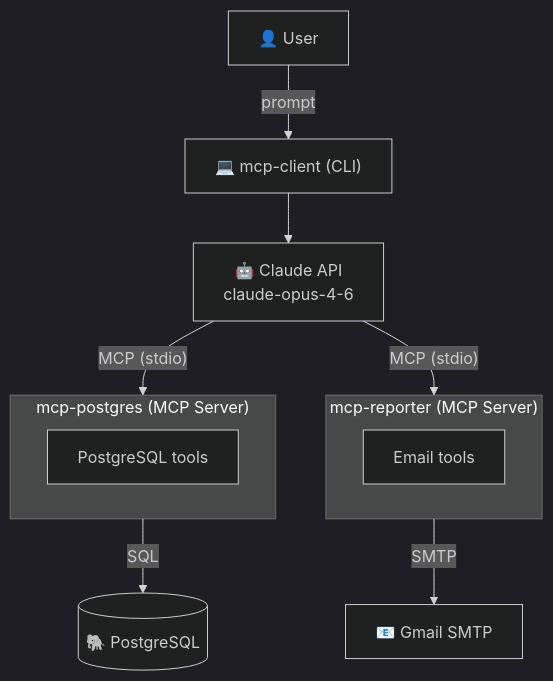
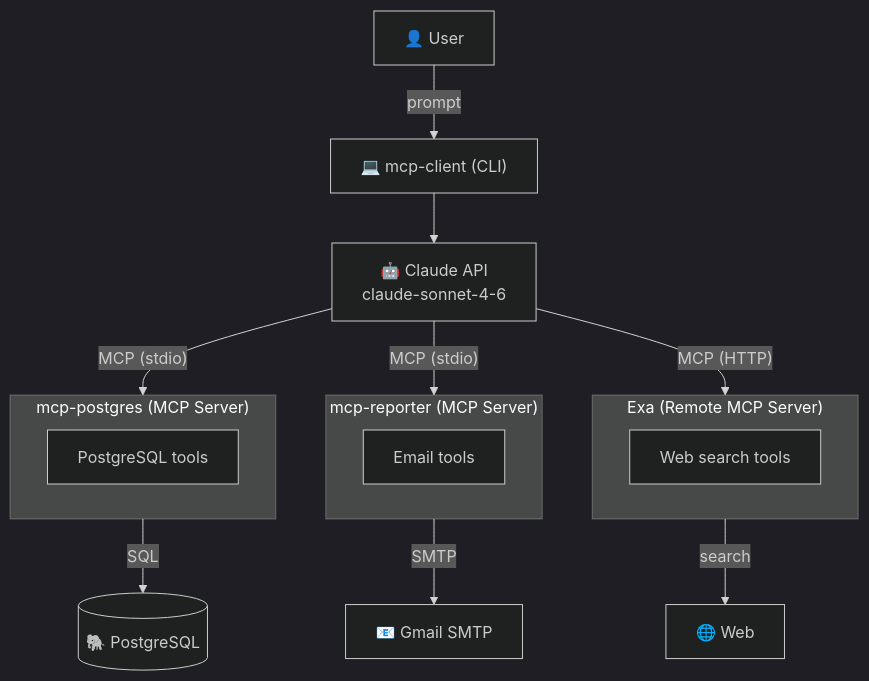
Before and after one commit to SumetKeo/mcp-demo: the second of 2 diagrams in README.md, drawn with Mermaid (dark theme). The commit also changed other lines of this file and 3 other files, not shown here.

Commit message:
update README and client files to integrate Exa remote server and update Claude model reference

````diff
--- a/README.md
+++ b/README.md
@@ -34,24 +34,31 @@
 ```mermaid
 flowchart TD
     U["👤 User"]
     MC["💻 mcp-client (CLI)"]
-    CA["🤖 Claude API\nclaude-opus-4-6"]
+    CA["🤖 Claude API\nclaude-sonnet-4-6"]
 
     subgraph mcp-postgres["mcp-postgres (MCP Server)"]
         PG_TOOLS["PostgreSQL tools"]
     end
 
     subgraph mcp-reporter["mcp-reporter (MCP Server)"]
         RP_TOOLS["Email tools"]
     end
 
+    subgraph exa["Exa (Remote MCP Server)"]
+        EXA_TOOLS["Web search tools"]
+    end
+
     DB[("🐘 PostgreSQL")]
     GM["📧 Gmail SMTP"]
+    WEB["🌐 Web"]
 
     U -->|prompt| MC
     MC --> CA
     CA -->|"MCP (stdio)"| mcp-postgres
     CA -->|"MCP (stdio)"| mcp-reporter
+    CA -->|"MCP (HTTP)"| exa
     mcp-postgres -->|SQL| DB
     mcp-reporter -->|SMTP| GM
+    exa -->|search| WEB
 ```
````
